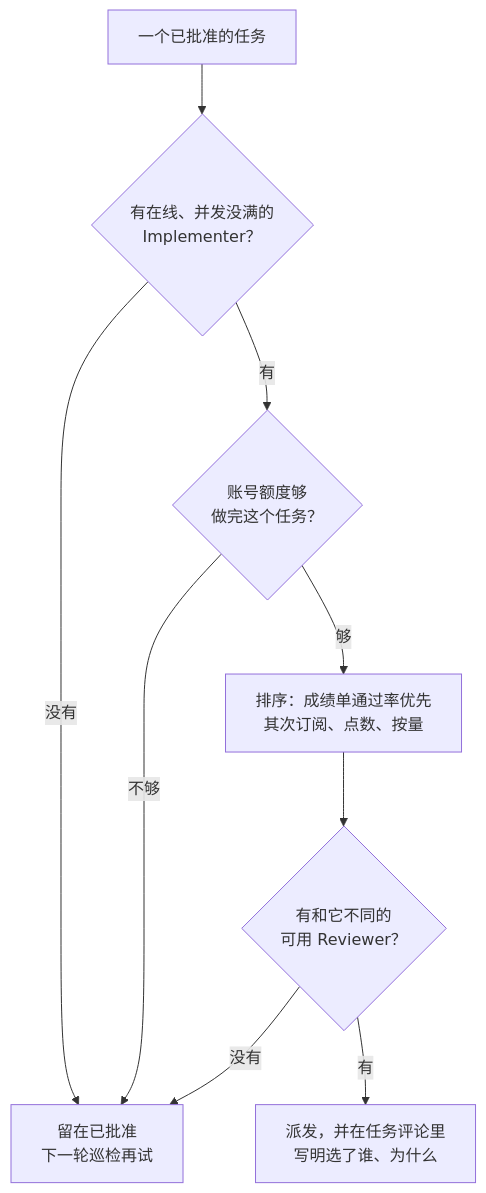
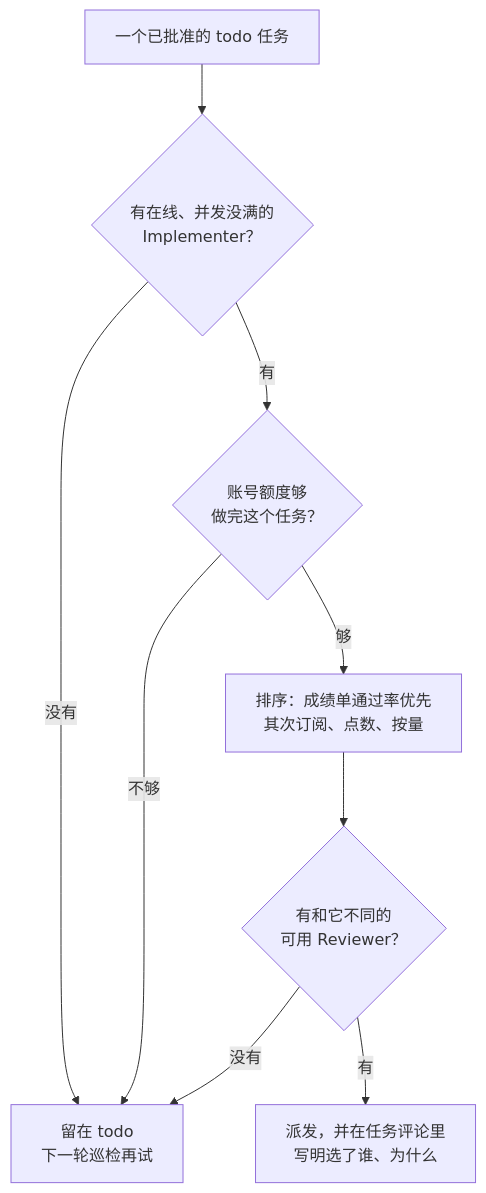
Before and after one commit to autoteam-ai/autoteam: the diagram in docs/concepts/quota-routing.md, drawn with Mermaid. The commit also changed 11 other files, not shown here.

````diff
--- a/docs/concepts/quota-routing.md
+++ b/docs/concepts/quota-routing.md
@@ -47,11 +47,11 @@
 ```mermaid
 flowchart TD
-    S["一个已批准的任务"] --> C1{"有在线、并发没满的<br/>Implementer？"}
-    C1 -->|"没有"| WAIT["留在已批准<br/>下一轮巡检再试"]
+    S["一个已批准的 todo 任务"] --> C1{"有在线、并发没满的<br/>Implementer？"}
+    C1 -->|"没有"| WAIT["留在 todo<br/>下一轮巡检再试"]
     C1 -->|"有"| C2{"账号额度够<br/>做完这个任务？"}
     C2 -->|"不够"| WAIT
     C2 -->|"够"| SORT["排序：成绩单通过率优先<br/>其次订阅、点数、按量"]
     SORT --> C3{"有和它不同的<br/>可用 Reviewer？"}
     C3 -->|"没有"| WAIT
     C3 -->|"有"| GO["派发，并在任务评论里<br/>写明选了谁、为什么"]
 ```
````
